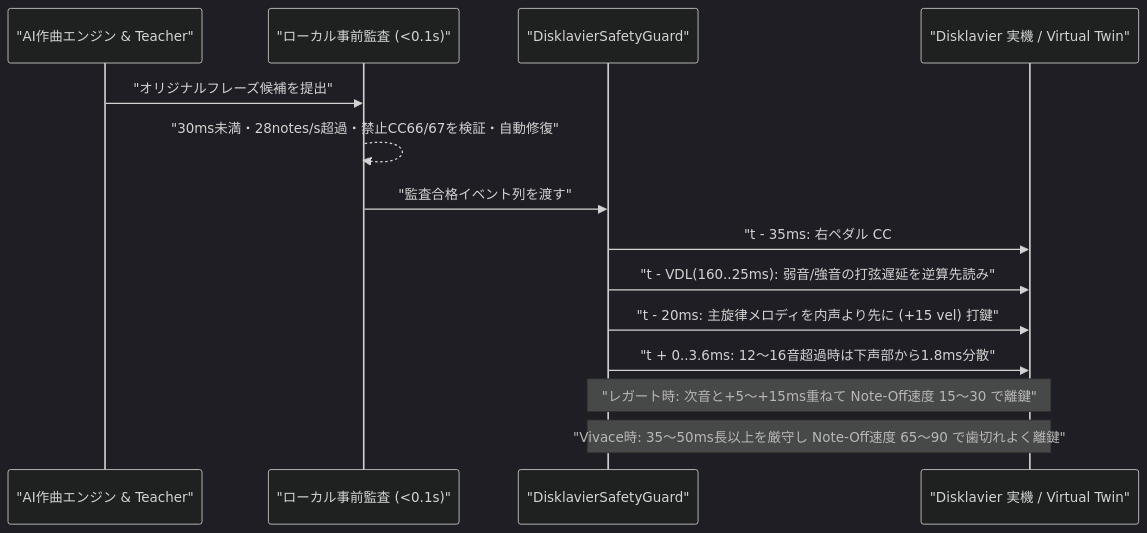
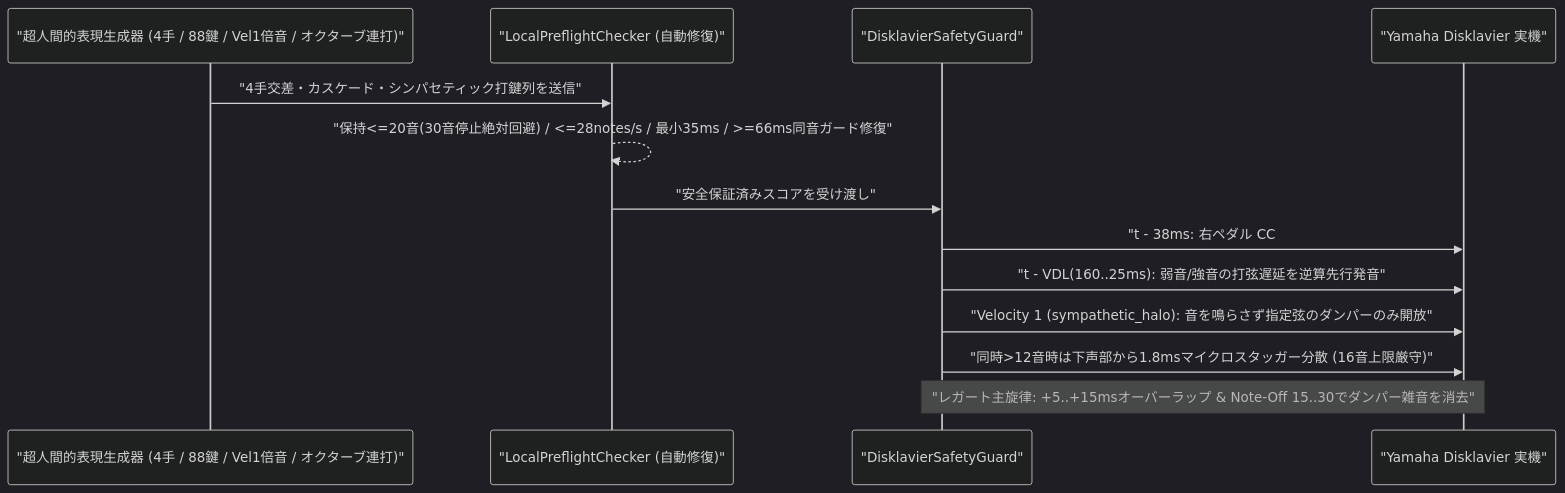
One commit to AI-Avalon/Disklavier-Auto changed the fourth of 5 diagrams in README.md. Above: the diagram before and after it, drawn with Mermaid (dark theme). The commit also changed other lines of this file and 24 other files, not shown here.

````diff
--- a/README.md
+++ b/README.md
@@ -68,17 +106,16 @@
 ```mermaid
 sequenceDiagram
-    participant AI as "AI作曲エンジン & Teacher"
-    participant Pre as "ローカル事前監査 (<0.1s)"
+    participant Virtuoso as "超人間的表現生成器 (4手 / 88鍵 / Vel1倍音 / オクターブ連打)"
+    participant Pre as "LocalPreflightChecker (自動修復)"
     participant Guard as "DisklavierSafetyGuard"
-    participant Piano as "Disklavier 実機 / Virtual Twin"
+    participant Piano as "Yamaha Disklavier 実機"
 
-    AI->>Pre: "オリジナルフレーズ候補を提出"
-    Pre-->>Pre: "30ms未満・28notes/s超過・禁止CC66/67を検証・自動修復"
-    Pre->>Guard: "監査合格イベント列を渡す"
-    Guard->>Piano: "t - 35ms: 右ペダル CC#64 ハーフペダル (35〜80) 先行入力"
-    Guard->>Piano: "t - VDL(160..25ms): 弱音/強音の打弦遅延を逆算先読み"
-    Guard->>Piano: "t - 20ms: 主旋律メロディを内声より先に (+15 vel) 打鍵"
-    Guard->>Piano: "t + 0..3.6ms: 12〜16音超過時は下声部から1.8ms分散"
-    Note over Guard,Piano: "レガート時: 次音と+5〜+15ms重ねて Note-Off速度 15〜30 で離鍵"
-    Note over Guard,Piano: "Vivace時: 35〜50ms長以上を厳守し Note-Off速度 65〜90 で歯切れよく離鍵"
+    Virtuoso->>Pre: "4手交差・カスケード・シンパセティック打鍵列を送信"
+    Pre-->>Pre: "保持<=20音(30音停止絶対回避) / <=28notes/s / 最小35ms / >=66ms同音ガード修復"
+    Pre->>Guard: "安全保証済みスコアを受け渡し"
+    Guard->>Piano: "t - 38ms: 右ペダル CC#64 (ハーフペダル 35..80) 先行入力 (CC66/67遮断)"
+    Guard->>Piano: "t - VDL(160..25ms): 弱音/強音の打弦遅延を逆算先行発音"
+    Guard->>Piano: "Velocity 1 (sympathetic_halo): 音を鳴らさず指定弦のダンパーのみ開放"
+    Guard->>Piano: "同時>12音時は下声部から1.8msマイクロスタッガー分散 (16音上限厳守)"
+    Note over Guard,Piano: "レガート主旋律: +5..+15msオーバーラップ & Note-Off 15..30でダンパー雑音を消去"
 ```
````
